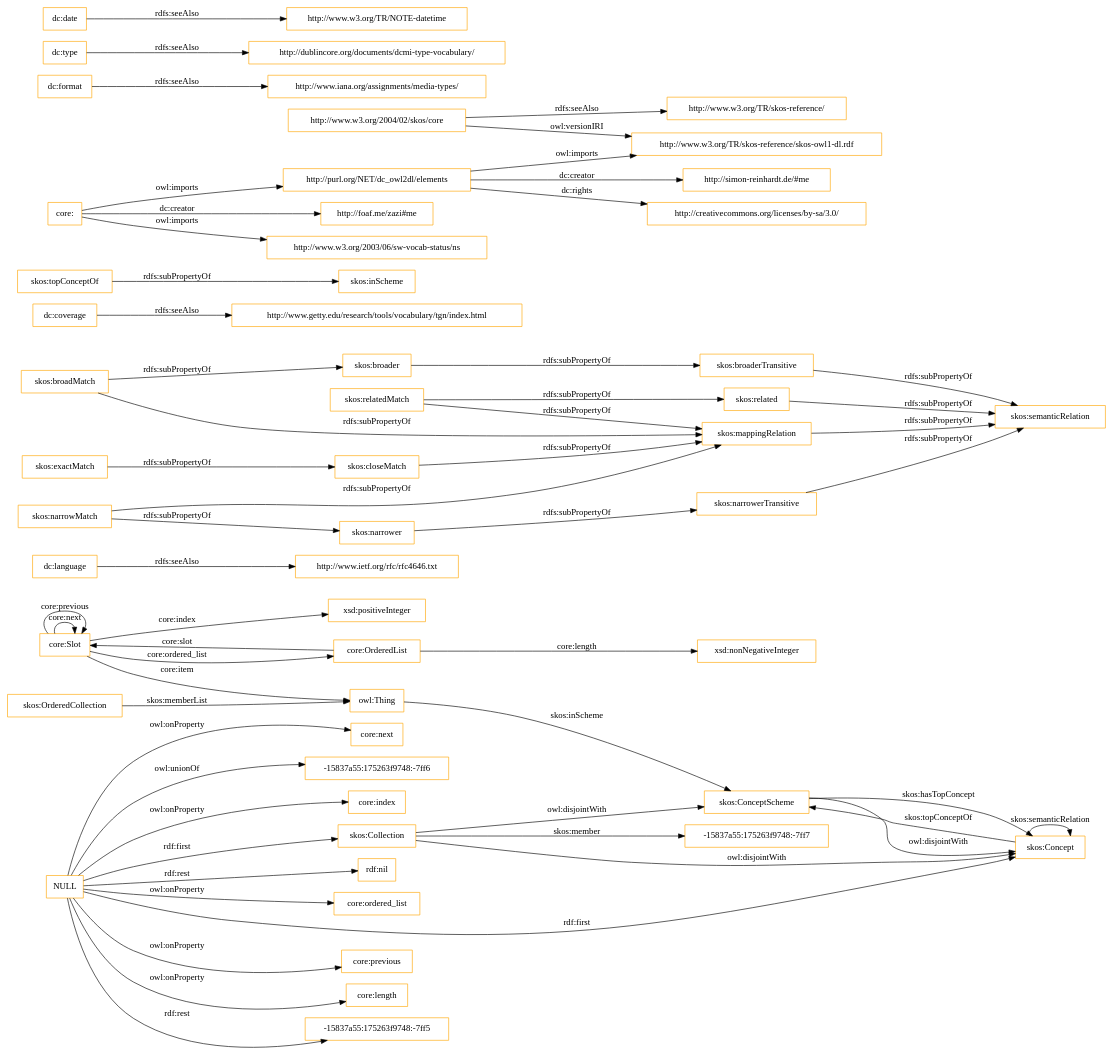
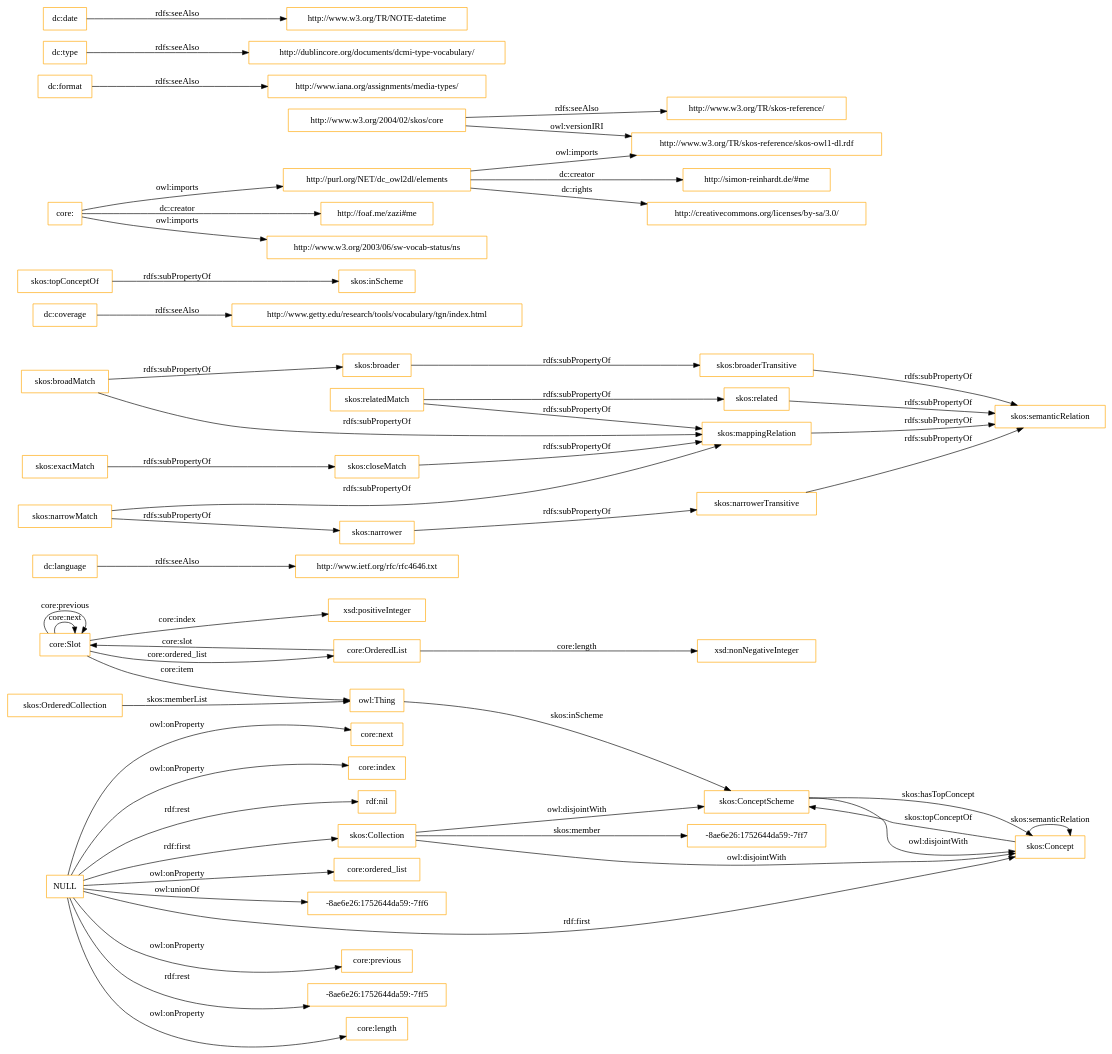
One commit to OnToologyUser/core-ontology-1 changed the diagram in OnToology/imports/core.owl/diagrams/ar2dtool-class/core.owl.png.dot. Above: the diagram before and after it, drawn with Graphviz. The commit also changed 14 other files, not shown here.

```diff
--- a/OnToology/imports/core.owl/diagrams/ar2dtool-class/core.owl.png.dot
+++ b/OnToology/imports/core.owl/diagrams/ar2dtool-class/core.owl.png.dot
@@ -1,60 +1,60 @@
 digraph ar2dtool_diagram { 
 rankdir=LR;
 size="1501"
-node [shape = rectangle, color="orange"]; "core:Slot" "core:OrderedList" "-15837a55:175263f9748:-7ff7" "skos:OrderedCollection" "skos:Collection" "skos:ConceptScheme" "skos:Concept" ; /*classes style*/
+node [shape = rectangle, color="orange"]; "core:Slot" "core:OrderedList" "-8ae6e26:1752644da59:-7ff7" "skos:OrderedCollection" "skos:Collection" "skos:ConceptScheme" "skos:Concept" ; /*classes style*/
 	"dc:language" -> "http://www.ietf.org/rfc/rfc4646.txt" [ label = "rdfs:seeAlso" ];
 	"NULL" -> "core:previous" [ label = "owl:onProperty" ];
+	"NULL" -> "-8ae6e26:1752644da59:-7ff5" [ label = "rdf:rest" ];
 	"NULL" -> "core:length" [ label = "owl:onProperty" ];
 	"NULL" -> "skos:Concept" [ label = "rdf:first" ];
-	"NULL" -> "-15837a55:175263f9748:-7ff5" [ label = "rdf:rest" ];
 	"NULL" -> "core:next" [ label = "owl:onProperty" ];
-	"NULL" -> "-15837a55:175263f9748:-7ff6" [ label = "owl:unionOf" ];
 	"NULL" -> "core:index" [ label = "owl:onProperty" ];
 	"NULL" -> "rdf:nil" [ label = "rdf:rest" ];
 	"NULL" -> "core:ordered_list" [ label = "owl:onProperty" ];
 	"NULL" -> "skos:Collection" [ label = "rdf:first" ];
+	"NULL" -> "-8ae6e26:1752644da59:-7ff6" [ label = "owl:unionOf" ];
 	"skos:closeMatch" -> "skos:mappingRelation" [ label = "rdfs:subPropertyOf" ];
 	"dc:coverage" -> "http://www.getty.edu/research/tools/vocabulary/tgn/index.html" [ label = "rdfs:seeAlso" ];
 	"skos:relatedMatch" -> "skos:related" [ label = "rdfs:subPropertyOf" ];
 	"skos:relatedMatch" -> "skos:mappingRelation" [ label = "rdfs:subPropertyOf" ];
 	"skos:ConceptScheme" -> "skos:Concept" [ label = "owl:disjointWith" ];
 	"skos:related" -> "skos:semanticRelation" [ label = "rdfs:subPropertyOf" ];
 	"skos:topConceptOf" -> "skos:inScheme" [ label = "rdfs:subPropertyOf" ];
 	"skos:broadMatch" -> "skos:broader" [ label = "rdfs:subPropertyOf" ];
 	"skos:broadMatch" -> "skos:mappingRelation" [ label = "rdfs:subPropertyOf" ];
 	"http://purl.org/NET/dc_owl2dl/elements" -> "http://www.w3.org/TR/skos-reference/skos-owl1-dl.rdf" [ label = "owl:imports" ];
 	"http://purl.org/NET/dc_owl2dl/elements" -> "http://creativecommons.org/licenses/by-sa/3.0/" [ label = "dc:rights" ];
 	"http://purl.org/NET/dc_owl2dl/elements" -> "http://simon-reinhardt.de/#me" [ label = "dc:creator" ];
 	"skos:exactMatch" -> "skos:closeMatch" [ label = "rdfs:subPropertyOf" ];
 	"dc:format" -> "http://www.iana.org/assignments/media-types/" [ label = "rdfs:seeAlso" ];
 	"core:" -> "http://foaf.me/zazi#me" [ label = "dc:creator" ];
 	"core:" -> "http://www.w3.org/2003/06/sw-vocab-status/ns" [ label = "owl:imports" ];
 	"core:" -> "http://purl.org/NET/dc_owl2dl/elements" [ label = "owl:imports" ];
 	"skos:broaderTransitive" -> "skos:semanticRelation" [ label = "rdfs:subPropertyOf" ];
 	"skos:mappingRelation" -> "skos:semanticRelation" [ label = "rdfs:subPropertyOf" ];
 	"skos:broader" -> "skos:broaderTransitive" [ label = "rdfs:subPropertyOf" ];
 	"dc:type" -> "http://dublincore.org/documents/dcmi-type-vocabulary/" [ label = "rdfs:seeAlso" ];
 	"http://www.w3.org/2004/02/skos/core" -> "http://www.w3.org/TR/skos-reference/skos-owl1-dl.rdf" [ label = "owl:versionIRI" ];
 	"http://www.w3.org/2004/02/skos/core" -> "http://www.w3.org/TR/skos-reference/" [ label = "rdfs:seeAlso" ];
 	"skos:Collection" -> "skos:ConceptScheme" [ label = "owl:disjointWith" ];
 	"skos:Collection" -> "skos:Concept" [ label = "owl:disjointWith" ];
 	"skos:narrowMatch" -> "skos:narrower" [ label = "rdfs:subPropertyOf" ];
 	"skos:narrowMatch" -> "skos:mappingRelation" [ label = "rdfs:subPropertyOf" ];
 	"skos:narrower" -> "skos:narrowerTransitive" [ label = "rdfs:subPropertyOf" ];
 	"dc:date" -> "http://www.w3.org/TR/NOTE-datetime" [ label = "rdfs:seeAlso" ];
 	"skos:narrowerTransitive" -> "skos:semanticRelation" [ label = "rdfs:subPropertyOf" ];
 	"core:Slot" -> "xsd:positiveInteger" [ label = "core:index" ];
 	"skos:Concept" -> "skos:ConceptScheme" [ label = "skos:topConceptOf" ];
 	"core:Slot" -> "owl:Thing" [ label = "core:item" ];
 	"core:OrderedList" -> "xsd:nonNegativeInteger" [ label = "core:length" ];
 	"core:OrderedList" -> "core:Slot" [ label = "core:slot" ];
-	"skos:Collection" -> "-15837a55:175263f9748:-7ff7" [ label = "skos:member" ];
+	"skos:Collection" -> "-8ae6e26:1752644da59:-7ff7" [ label = "skos:member" ];
 	"core:Slot" -> "core:Slot" [ label = "core:next" ];
 	"skos:ConceptScheme" -> "skos:Concept" [ label = "skos:hasTopConcept" ];
 	"owl:Thing" -> "skos:ConceptScheme" [ label = "skos:inScheme" ];
 	"core:Slot" -> "core:Slot" [ label = "core:previous" ];
 	"skos:OrderedCollection" -> "owl:Thing" [ label = "skos:memberList" ];
 	"skos:Concept" -> "skos:Concept" [ label = "skos:semanticRelation" ];
 	"core:Slot" -> "core:OrderedList" [ label = "core:ordered_list" ];
 
 }
```
